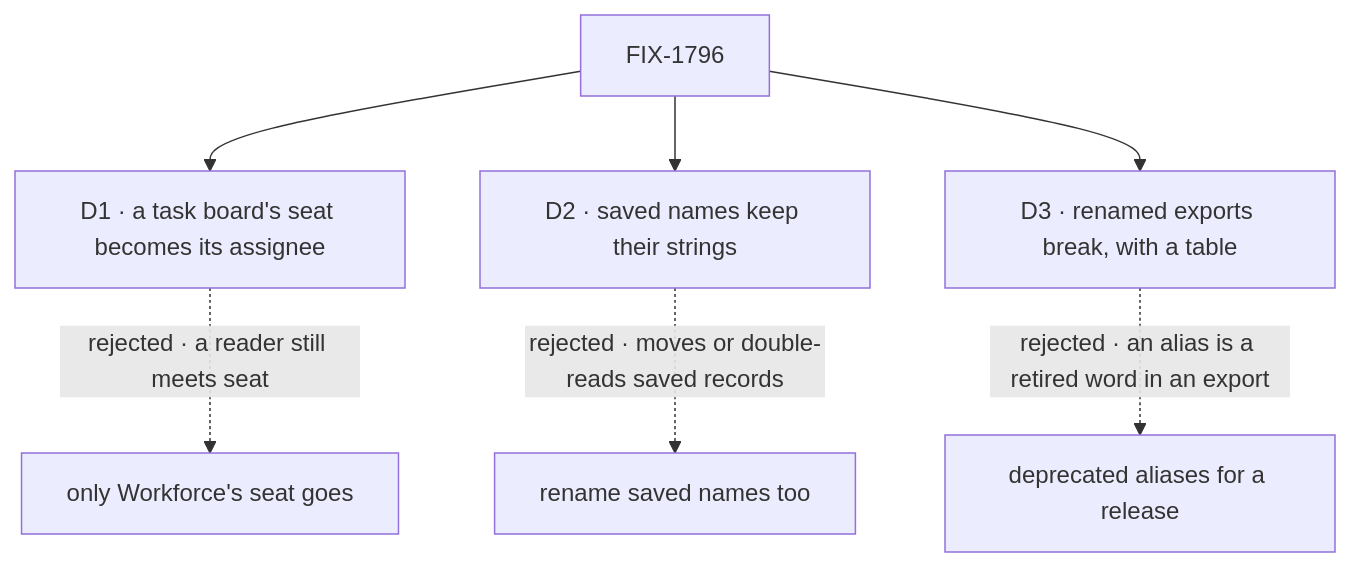
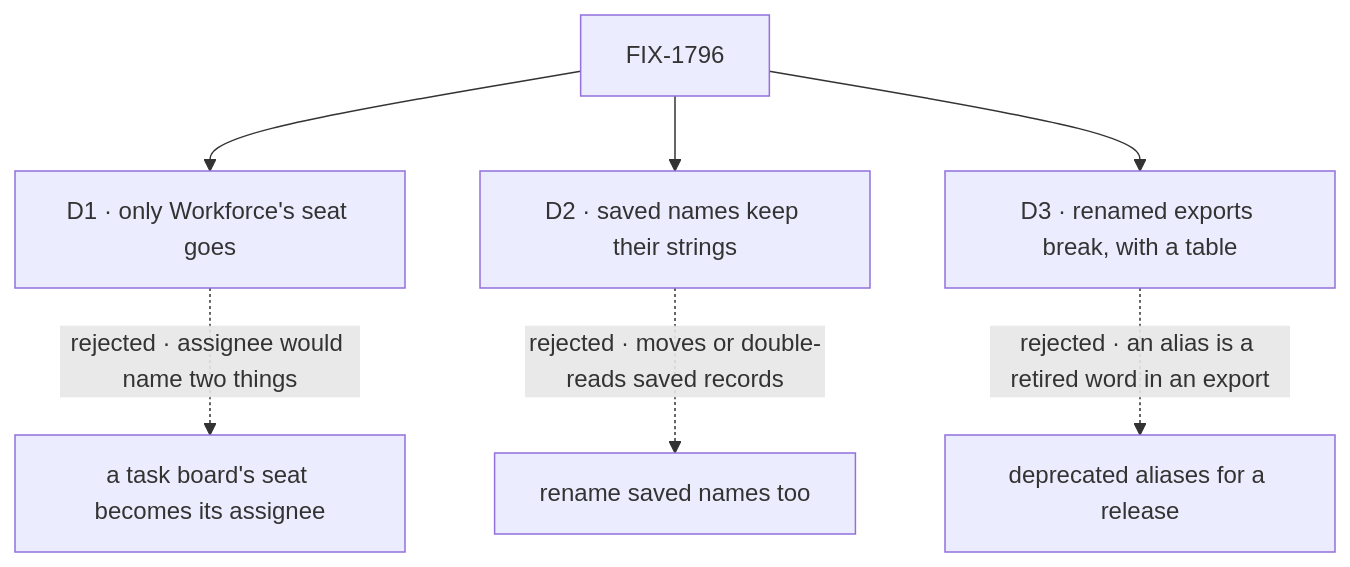
The diagram in specs/issues/FIX-1796/DECISIONS.md (fixpoint-labs/flow-state-dev), drawn with Mermaid before and after one commit. The commit also changed other lines of this file and 9 other files, not shown here.

First line of the commit message:
spec(FIX-1796): fold review round 1 — the board keeps "seat"

````diff
--- a/specs/issues/FIX-1796/DECISIONS.md
+++ b/specs/issues/FIX-1796/DECISIONS.md
@@ -11,9 +11,9 @@
 ```mermaid
 flowchart TD
-  I["FIX-1796"] --> D1["D1 · a task board's seat becomes its assignee"]
-  D1 -.->|"rejected · a reader still meets seat"| X1["only Workforce's seat goes"]
+  I["FIX-1796"] --> D1["D1 · only Workforce's seat goes"]
+  D1 -.->|"rejected · assignee would name two things"| X1["a task board's seat becomes its assignee"]
   I --> D2["D2 · saved names keep their strings"]
   D2 -.->|"rejected · moves or double-reads saved records"| X2["rename saved names too"]
   I --> D3["D3 · renamed exports break, with a table"]
   D3 -.->|"rejected · an alias is a retired word in an export"| X3["deprecated aliases for a release"]
 ```
````
